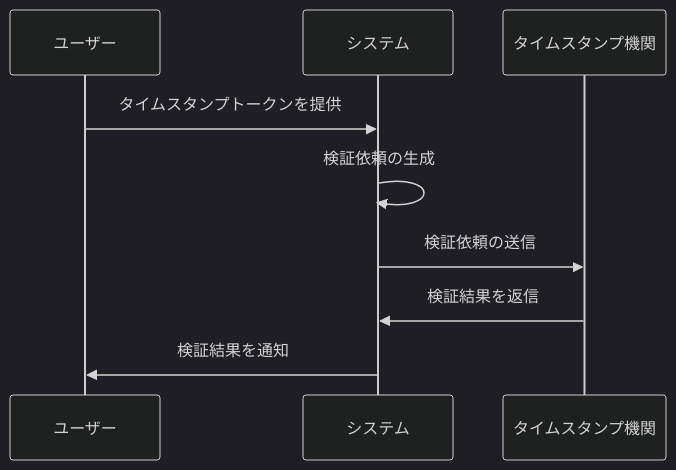
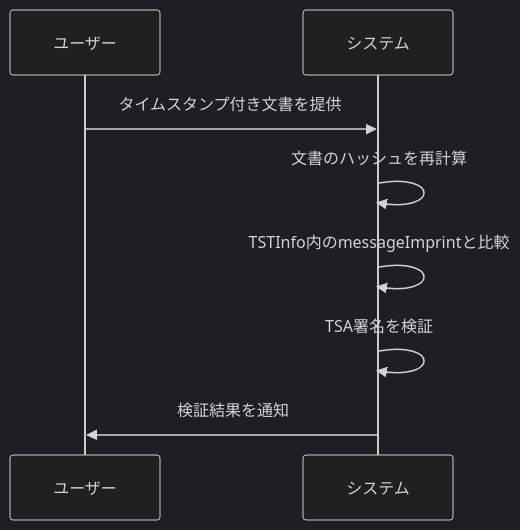
One commit to shuji-bonji/Notes-about-Digital-Signatures-and-Timestamps changed the third of 3 diagrams in TimeStamps.md. Above: the diagram before and after it, drawn with Mermaid (dark theme). The commit also changed other lines of this file and 18 other files, not shown here.

````diff
--- a/TimeStamps.md
+++ b/TimeStamps.md
@@ -299,12 +254,11 @@
 ```mermaid
 sequenceDiagram
     participant U as ユーザー
     participant S as システム
-    participant TSA as タイムスタンプ機関
 
-    U->>S: タイムスタンプトークンを提供
-    S->>S: 検証依頼の生成
-    S->>TSA: 検証依頼の送信
-    TSA->>S: 検証結果を返信
+    U->>S: タイムスタンプ付き文書を提供
+    S->>S: 文書のハッシュを再計算
+    S->>S: TSTInfo内のmessageImprintと比較
+    S->>S: TSA署名を検証
     S->>U: 検証結果を通知
 ```
````
